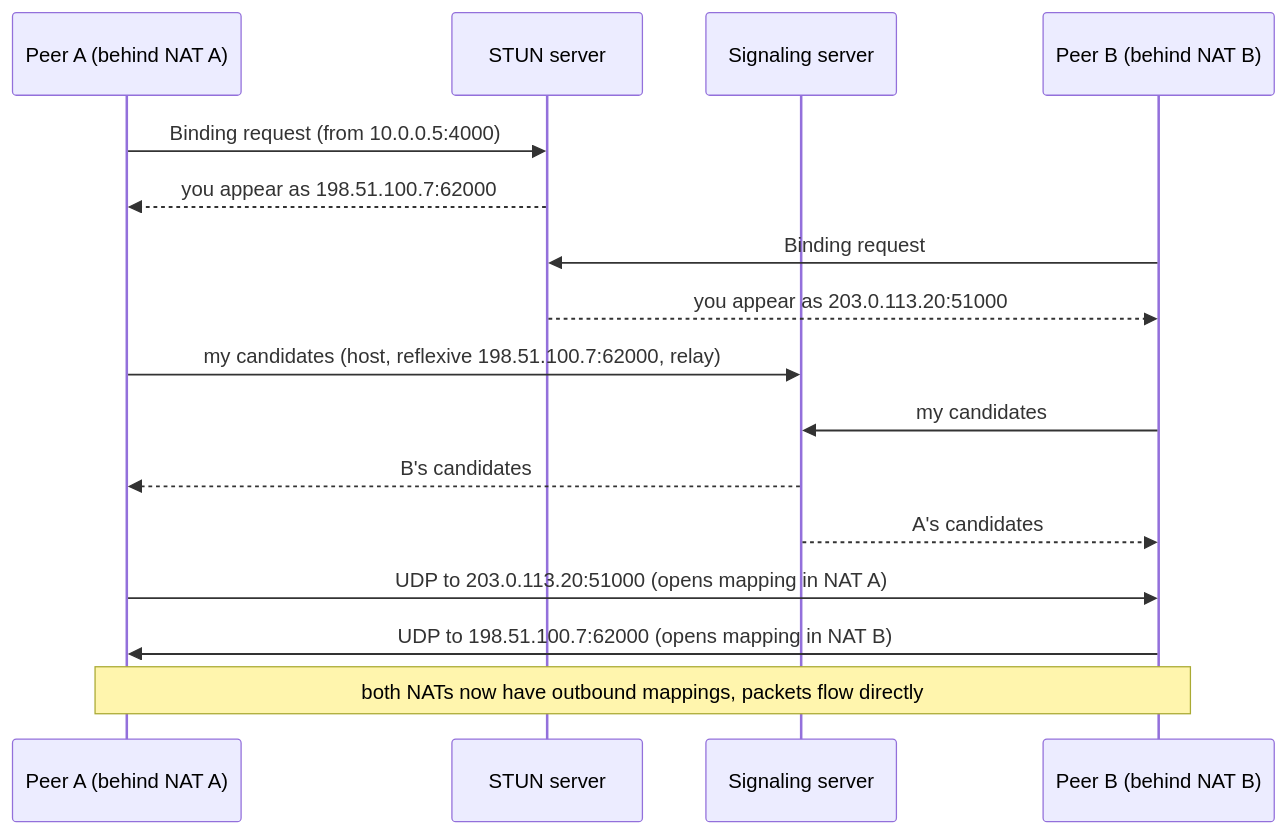
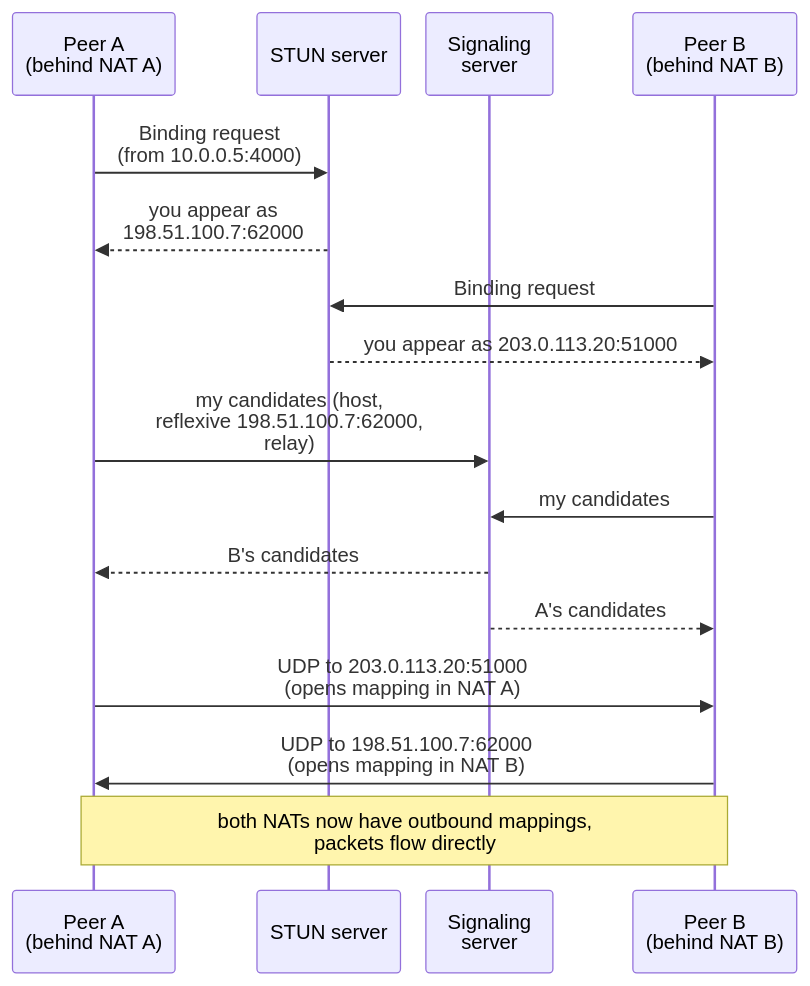
Before and after one commit to Siva010/CoreCS: the diagram in content/lessons/cn/cn-vpn-nat-traversal.md, drawn with Mermaid. The commit also changed 19 other files, not shown here.

First line of the commit message:
Merge the OS and Networks diagram readability fixes

````diff
--- a/content/lessons/cn/cn-vpn-nat-traversal.md
+++ b/content/lessons/cn/cn-vpn-nat-traversal.md
@@ -76,18 +76,19 @@
 ```mermaid
+%%{init: {"sequence": {"width": 100, "actorMargin": 20}}}%%
 sequenceDiagram
-    participant A as Peer A (behind NAT A)
+    participant A as Peer A<br/>(behind NAT A)
     participant STUN as STUN server
-    participant Sig as Signaling server
-    participant B as Peer B (behind NAT B)
-    A->>STUN: Binding request (from 10.0.0.5:4000)
-    STUN-->>A: you appear as 198.51.100.7:62000
+    participant Sig as Signaling<br/>server
+    participant B as Peer B<br/>(behind NAT B)
+    A->>STUN: Binding request<br/>(from 10.0.0.5:4000)
+    STUN-->>A: you appear as<br/>198.51.100.7:62000
     B->>STUN: Binding request
     STUN-->>B: you appear as 203.0.113.20:51000
-    A->>Sig: my candidates (host, reflexive 198.51.100.7:62000, relay)
+    A->>Sig: my candidates (host,<br/>reflexive 198.51.100.7:62000,<br/>relay)
     B->>Sig: my candidates
     Sig-->>A: B's candidates
     Sig-->>B: A's candidates
-    A->>B: UDP to 203.0.113.20:51000 (opens mapping in NAT A)
-    B->>A: UDP to 198.51.100.7:62000 (opens mapping in NAT B)
-    Note over A,B: both NATs now have outbound mappings, packets flow directly
+    A->>B: UDP to 203.0.113.20:51000<br/>(opens mapping in NAT A)
+    B->>A: UDP to 198.51.100.7:62000<br/>(opens mapping in NAT B)
+    Note over A,B: both NATs now have outbound mappings,<br/>packets flow directly
 ```
````
